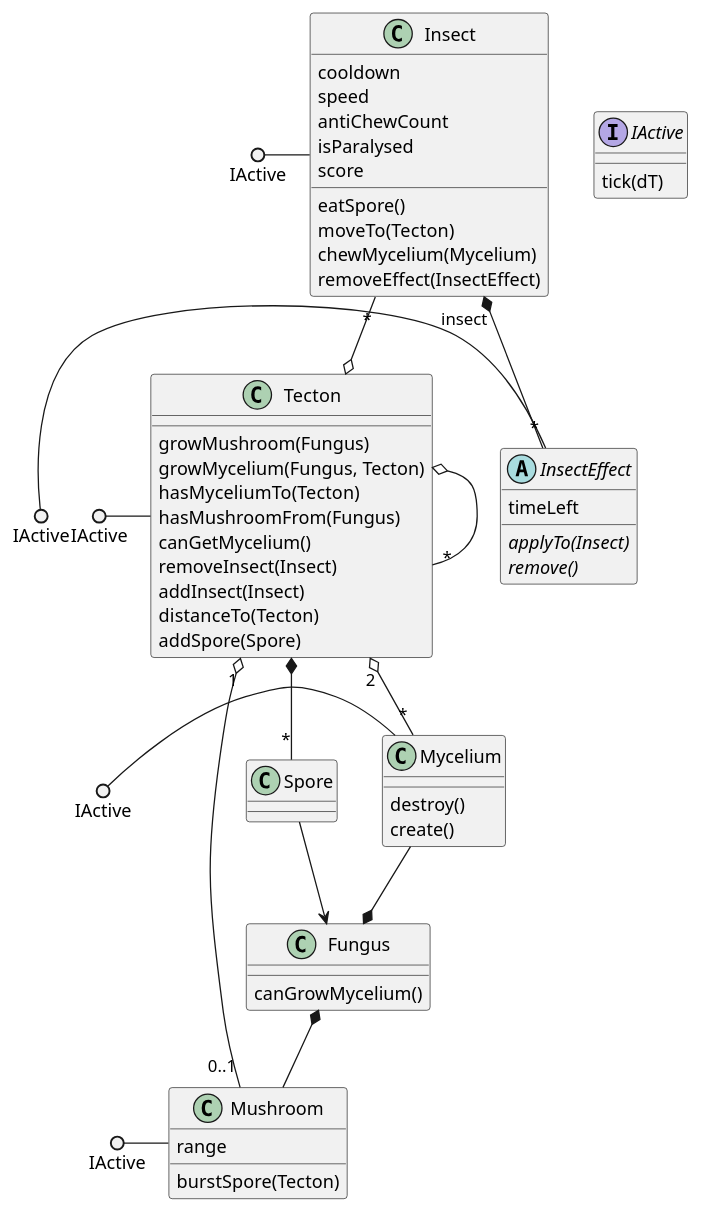
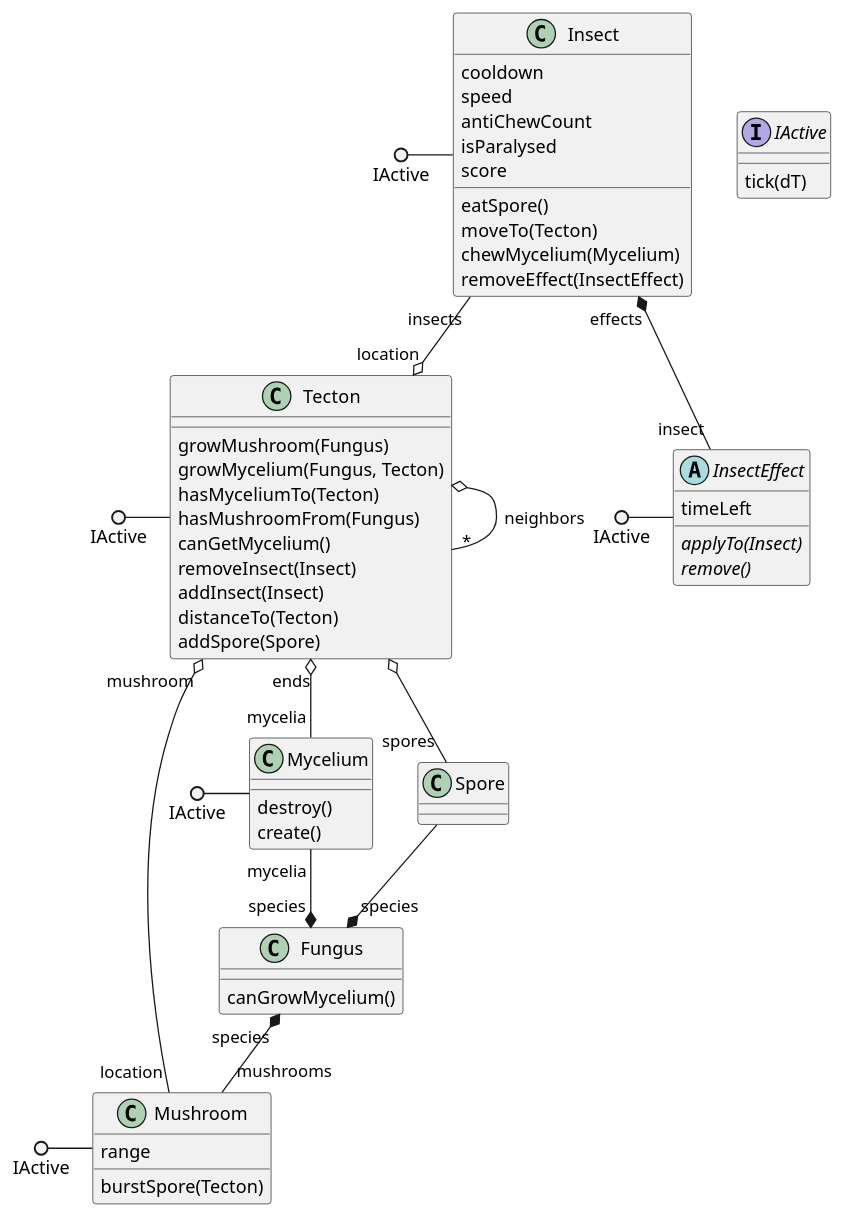
The diagram in classes.pu (ZD4ve/projlab-error521), drawn with PlantUML before and after one commit.

Commit message:
class connections refined

```diff
--- a/classes.pu
+++ b/classes.pu
@@ -1,64 +1,65 @@
 @startuml classes
 interface IActive {
     tick(dT)
 }
 class Tecton {
     growMushroom(Fungus)
     growMycelium(Fungus, Tecton)
     hasMyceliumTo(Tecton)
     hasMushroomFrom(Fungus)
     canGetMycelium()
     removeInsect(Insect)
     addInsect(Insect)
     distanceTo(Tecton)
     addSpore(Spore)
 }
 class Fungus {
     canGrowMycelium()
 }
 class Mycelium {
     destroy()
     create()
 }
 class Mushroom {
     burstSpore(Tecton)
     range
 }
 class Spore
 class Insect {
     cooldown
     speed
     antiChewCount
     isParalysed
     score
     eatSpore()
     moveTo(Tecton)
     chewMycelium(Mycelium)
     removeEffect(InsectEffect)
 }
 abstract InsectEffect {
     timeLeft
     {abstract} applyTo(Insect)
     {abstract} remove()
 }
 
 IActive ()- Tecton
 IActive ()- Mushroom
 IActive ()- Mycelium
 IActive ()- Insect
 IActive ()- InsectEffect
 
-Tecton o-- "*" Tecton
-Tecton "2" o-- "*" Mycelium
-Tecton *-- "*" Spore
-Tecton "1" o-- "0..1" Mushroom
+Tecton o-- "*" Tecton : neighbors
+Tecton "ends" o-- "mycelia" Mycelium
+Tecton o-- "spores" Spore
+Tecton "mushroom" o-- "location" Mushroom
 
-Mycelium --* Fungus
+Mycelium "mycelia" --* "species" Fungus
 
-Insect "insect" *-- "*" InsectEffect
-Insect "*" --o Tecton
+Insect "effects" *-- "insect" InsectEffect
+Insect "insects" --o "location" Tecton
 
-Spore --> Fungus
+Fungus "species" *-- "mushrooms" Mushroom
 
-Fungus *-- Mushroom
+Spore --* "species" Fungus
+
 @enduml
```
